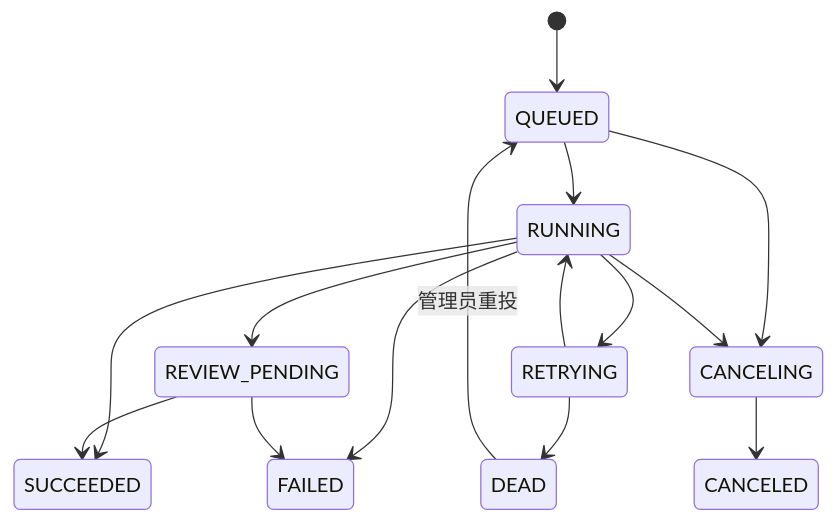
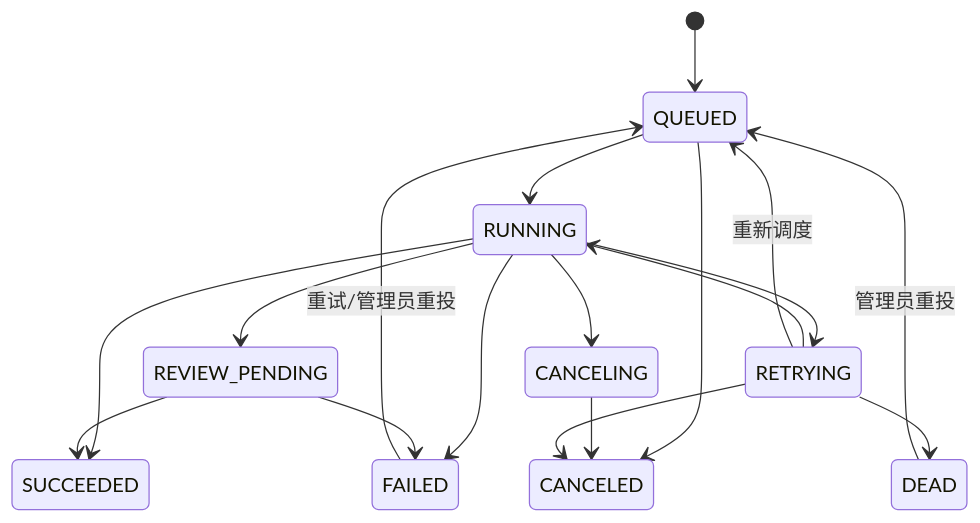
Before and after one commit to MimiQuark/Industrial-Document-Processing-Platform: the third of 5 diagrams in docs/VISUAL_GUIDE.md, drawn with Mermaid. The commit also changed 22 other files, not shown here.

````diff
--- a/docs/VISUAL_GUIDE.md
+++ b/docs/VISUAL_GUIDE.md
@@ -73,17 +73,20 @@
 ```mermaid
 stateDiagram-v2
     [*] --> QUEUED
     QUEUED --> RUNNING
     RUNNING --> SUCCEEDED
     RUNNING --> RETRYING
     RUNNING --> REVIEW_PENDING
     RUNNING --> FAILED
     RETRYING --> RUNNING
     RETRYING --> DEAD
     REVIEW_PENDING --> SUCCEEDED
     REVIEW_PENDING --> FAILED
-    QUEUED --> CANCELING
+    QUEUED --> CANCELED
     RUNNING --> CANCELING
     CANCELING --> CANCELED
+    FAILED --> QUEUED: 重试/管理员重投
+    RETRYING --> QUEUED: 重新调度
+    RETRYING --> CANCELED
     DEAD --> QUEUED: 管理员重投
 ```
````
